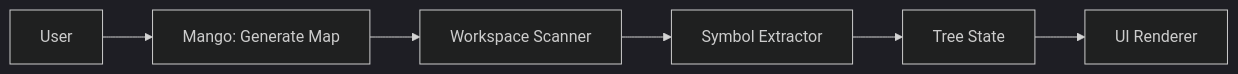
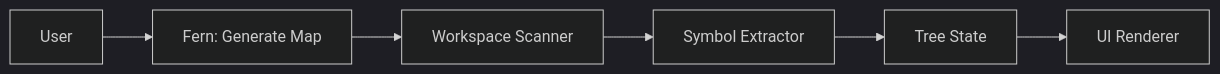
One commit to inandi/fern changed the diagram in docs/03-data-flow.md. Above: the diagram before and after it, drawn with Mermaid (dark theme). The commit also changed 9 other files, not shown here.

Commit message:
Update project name from Mango to Fern, increment version to 1.1.5, and adjust related documentation and command references throughout the codebase.

````diff
--- a/docs/03-data-flow.md
+++ b/docs/03-data-flow.md
@@ -22,15 +22,15 @@
 ```mermaid
 flowchart LR
   User[User]
-  Cmd["Mango: Generate Map"]
+  Cmd["Fern: Generate Map"]
   Scanner[Workspace Scanner]
   Extractor[Symbol Extractor]
   State[Tree State]
   Renderer[UI Renderer]
 
   User --> Cmd
   Cmd --> Scanner
   Scanner --> Extractor
   Extractor --> State
   State --> Renderer
 ```
````
